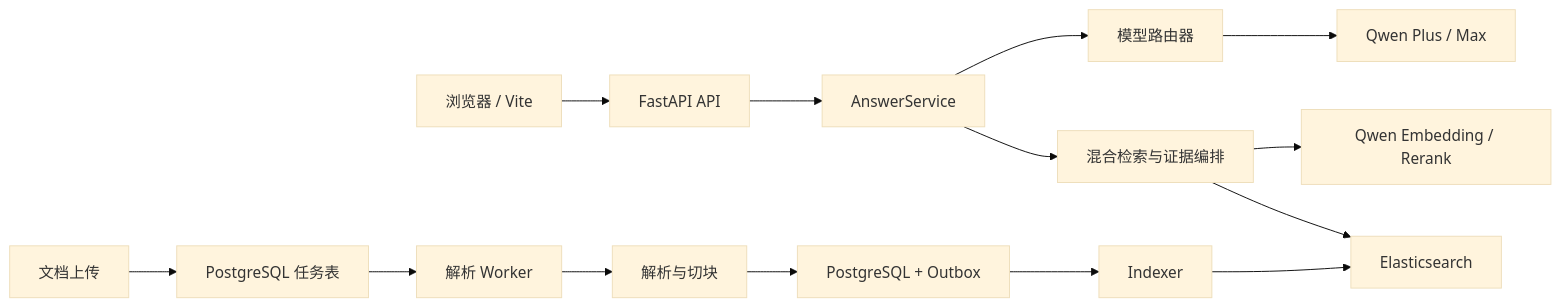
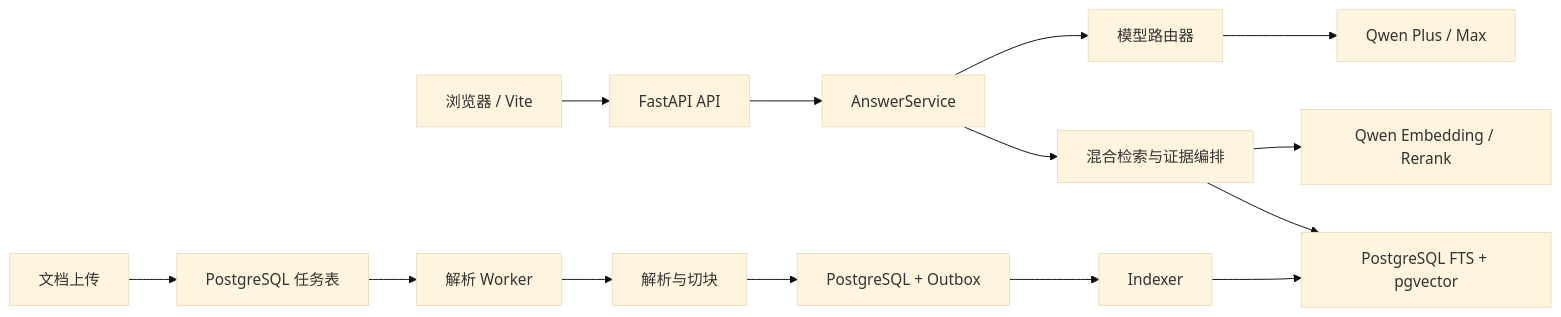
One commit to DarkCrow-w/tellerx-chatbot changed the diagram in docs/usage-and-operations-guide.md. Above: the diagram before and after it, drawn with Mermaid (base theme). The commit also changed other lines of this file and 33 other files, not shown here.

````diff
--- a/docs/usage-and-operations-guide.md
+++ b/docs/usage-and-operations-guide.md
@@ -37,17 +37,17 @@
 ```mermaid
 flowchart LR
     B["浏览器 / Vite"] --> A["FastAPI API"]
     A --> AS["AnswerService"]
     AS --> S["混合检索与证据编排"]
-    S --> O["Elasticsearch"]
+    S --> O["PostgreSQL FTS + pgvector"]
     S --> Q1["Qwen Embedding / Rerank"]
     AS --> R["模型路由器"]
     R --> Q2["Qwen Plus / Max"]
 
     U["文档上传"] --> P["PostgreSQL 任务表"]
     P --> W["解析 Worker"]
     W --> C["解析与切块"]
     C --> PG["PostgreSQL + Outbox"]
     PG --> I["Indexer"]
     I --> O
 ```
````
